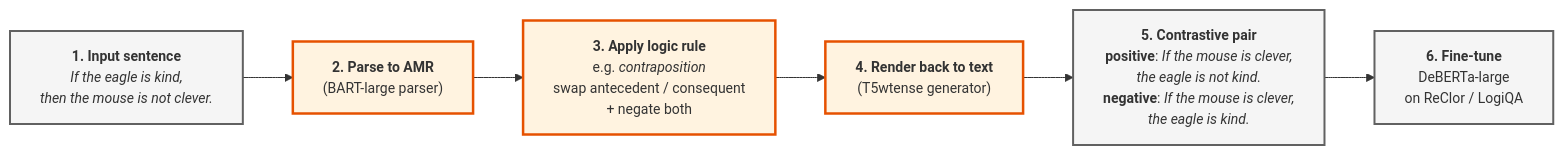
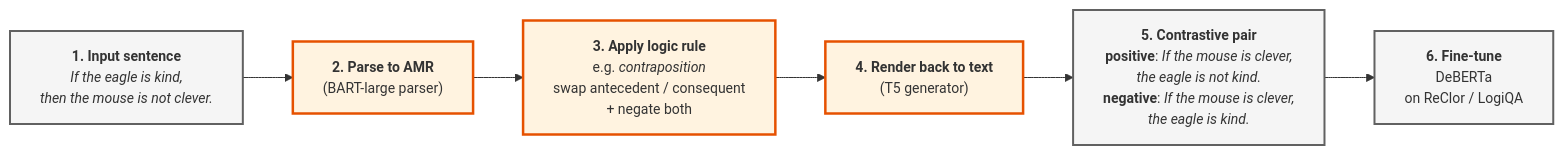
Before and after one commit to 14H034160212/Logical-Equivalence-driven-AMR-Data-Augmentation-for-Representation-Learning: the first of 16 diagrams in extensions/reports/index.md, drawn with Mermaid. The commit also changed other lines of this file, not shown here.

````diff
--- a/extensions/reports/index.md
+++ b/extensions/reports/index.md
@@ -25,14 +33,14 @@
 ```mermaid
 flowchart LR
     S["<b>1. Input sentence</b><br/><i>If the eagle is kind,<br/>then the mouse is not clever.</i>"]
     S --> A["<b>2. Parse to AMR</b><br/>(BART-large parser)"]
     A --> R["<b>3. Apply logic rule</b><br/>e.g. <i>contraposition</i><br/>swap antecedent / consequent<br/>+ negate both"]
-    R --> T["<b>4. Render back to text</b><br/>(T5wtense generator)"]
+    R --> T["<b>4. Render back to text</b><br/>(T5 generator)"]
     T --> O["<b>5. Contrastive pair</b><br/><b>positive</b>: <i>If the mouse is clever,<br/>the eagle is not kind.</i><br/><b>negative</b>: <i>If the mouse is clever,<br/>the eagle is kind.</i>"]
-    O --> D["<b>6. Fine-tune</b><br/>DeBERTa-large<br/>on ReClor / LogiQA"]
+    O --> D["<b>6. Fine-tune</b><br/>DeBERTa<br/>on ReClor / LogiQA"]
 
     classDef io fill:#f5f5f5,stroke:#616161,stroke-width:2px,font-size:14px
     classDef method fill:#fff3e0,stroke:#e65100,stroke-width:2.5px,font-size:14px
     class S,O,D io
     class A,R,T method
 ```
````
